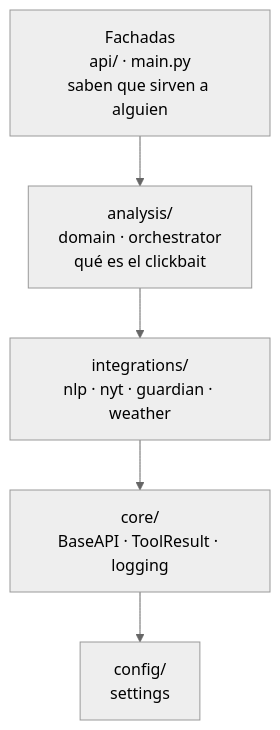
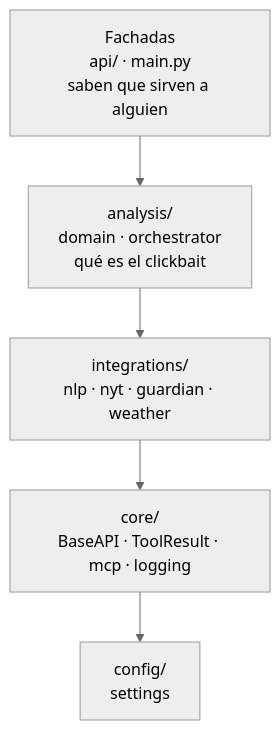
One commit to codeurjc-students/2026-ClickBaitAnalysis changed the seventh of 7 diagrams in docs/arquitectura.md. Above: the diagram before and after it, drawn with Mermaid (neutral theme). The commit also changed other lines of this file and 15 other files, not shown here.

First line of the commit message:
refactor:  MCP session handling and tool invocation (#143)

````diff
--- a/docs/arquitectura.md
+++ b/docs/arquitectura.md
@@ -255,10 +269,10 @@
 ```mermaid
 flowchart TD
     FACH["Fachadas<br/>api/ · main.py<br/>saben que sirven a alguien"]
     ANA["analysis/<br/>domain · orchestrator<br/>qué es el clickbait"]
     INT["integrations/<br/>nlp · nyt · guardian · weather"]
-    CORE["core/<br/>BaseAPI · ToolResult · logging"]
+    CORE["core/<br/>BaseAPI · ToolResult · mcp · logging"]
     CONF["config/<br/>settings"]
 
     FACH --> ANA --> INT --> CORE --> CONF
 ```
````
